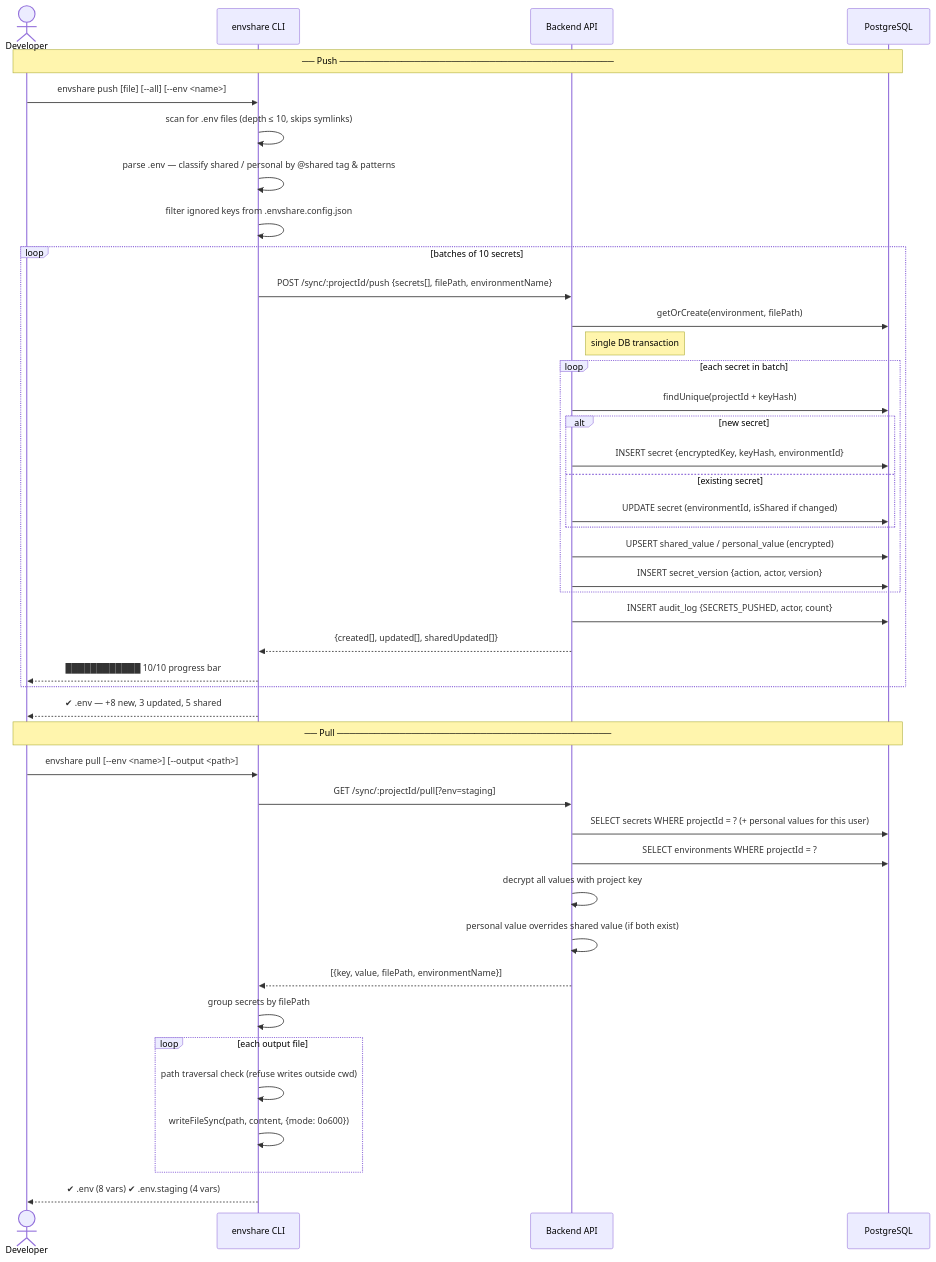
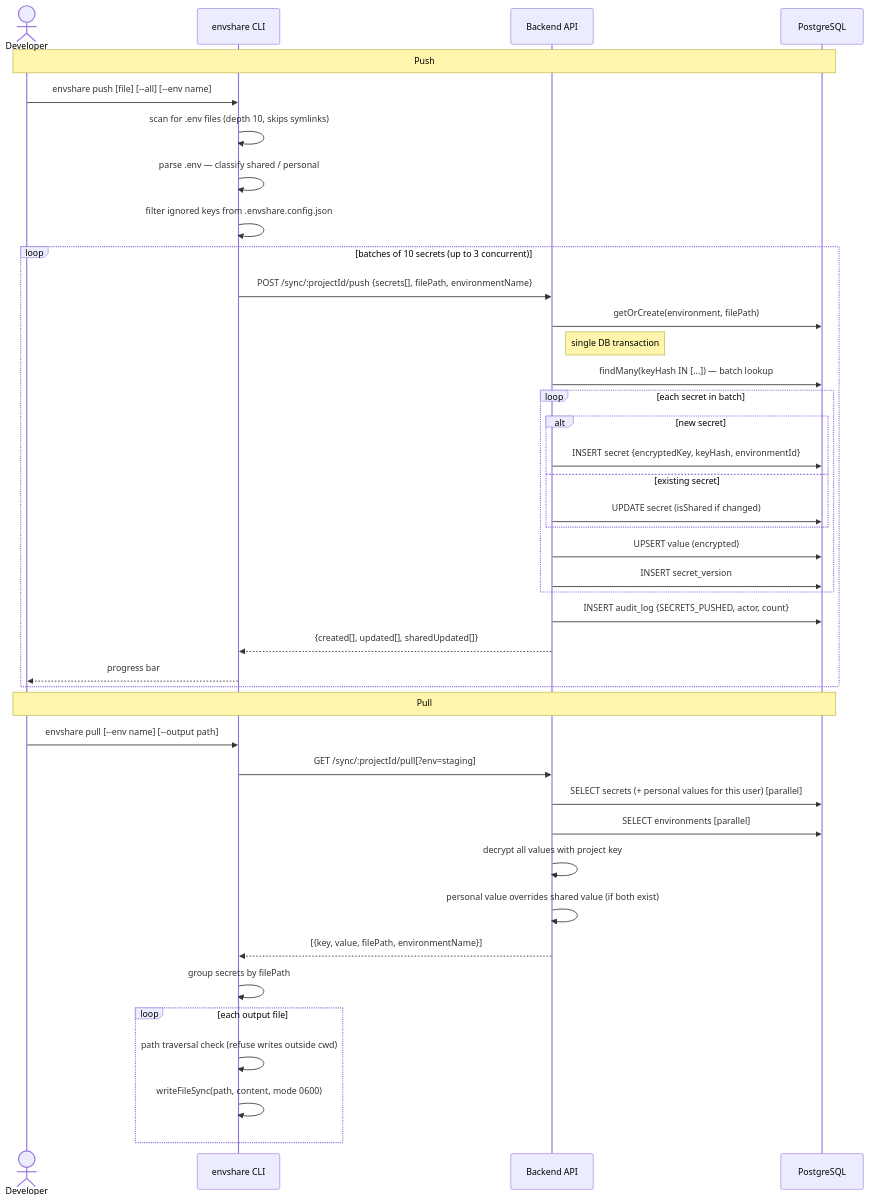
One commit to s-pl/envShare changed the fourth of 5 diagrams in README.md. Above: the diagram before and after it, drawn with Mermaid. The commit also changed other lines of this file and 41 other files, not shown here.

````diff
--- a/README.md
+++ b/README.md
@@ -155,48 +171,46 @@
 ```mermaid
 sequenceDiagram
     actor Dev as Developer
     participant CLI as envshare CLI
     participant API as Backend API
     participant DB as PostgreSQL
 
-    Note over Dev,DB: ── Push ────────────────────────────────────────────
-    Dev->>CLI: envshare push [file] [--all] [--env <name>]
-    CLI->>CLI: scan for .env files (depth ≤ 10, skips symlinks)
-    CLI->>CLI: parse .env — classify shared / personal by @shared tag & patterns
+    Note over Dev,DB: Push
+    Dev->>CLI: envshare push [file] [--all] [--env name]
+    CLI->>CLI: scan for .env files (depth 10, skips symlinks)
+    CLI->>CLI: parse .env — classify shared / personal
     CLI->>CLI: filter ignored keys from .envshare.config.json
 
-    loop batches of 10 secrets
+    loop batches of 10 secrets (up to 3 concurrent)
         CLI->>API: POST /sync/:projectId/push  {secrets[], filePath, environmentName}
         API->>DB: getOrCreate(environment, filePath)
         note right of API: single DB transaction
+        API->>DB: findMany(keyHash IN [...]) — batch lookup
         loop each secret in batch
-            API->>DB: findUnique(projectId + keyHash)
             alt new secret
                 API->>DB: INSERT secret  {encryptedKey, keyHash, environmentId}
             else existing secret
-                API->>DB: UPDATE secret  (environmentId, isShared if changed)
+                API->>DB: UPDATE secret  (isShared if changed)
             end
-            API->>DB: UPSERT shared_value / personal_value  (encrypted)
-            API->>DB: INSERT secret_version  {action, actor, version}
+            API->>DB: UPSERT value  (encrypted)
+            API->>DB: INSERT secret_version
         end
         API->>DB: INSERT audit_log  {SECRETS_PUSHED, actor, count}
         API-->>CLI: {created[], updated[], sharedUpdated[]}
-        CLI-->>Dev: ████████████ 10/10  progress bar
+        CLI-->>Dev: progress bar
     end
-    CLI-->>Dev: ✔ .env  —  +8 new, 3 updated, 5 shared
 
-    Note over Dev,DB: ── Pull ────────────────────────────────────────────
-    Dev->>CLI: envshare pull [--env <name>] [--output <path>]
+    Note over Dev,DB: Pull
+    Dev->>CLI: envshare pull [--env name] [--output path]
     CLI->>API: GET /sync/:projectId/pull[?env=staging]
-    API->>DB: SELECT secrets WHERE projectId = ?  (+ personal values for this user)
-    API->>DB: SELECT environments WHERE projectId = ?
+    API->>DB: SELECT secrets  (+ personal values for this user)  [parallel]
+    API->>DB: SELECT environments                                 [parallel]
     API->>API: decrypt all values with project key
     API->>API: personal value overrides shared value (if both exist)
     API-->>CLI: [{key, value, filePath, environmentName}]
     CLI->>CLI: group secrets by filePath
     loop each output file
         CLI->>CLI: path traversal check (refuse writes outside cwd)
-        CLI->>CLI: writeFileSync(path, content, {mode: 0o600})
+        CLI->>CLI: writeFileSync(path, content, mode 0600)
     end
-    CLI-->>Dev: ✔ .env (8 vars)  ✔ .env.staging (4 vars)
 ```
````
